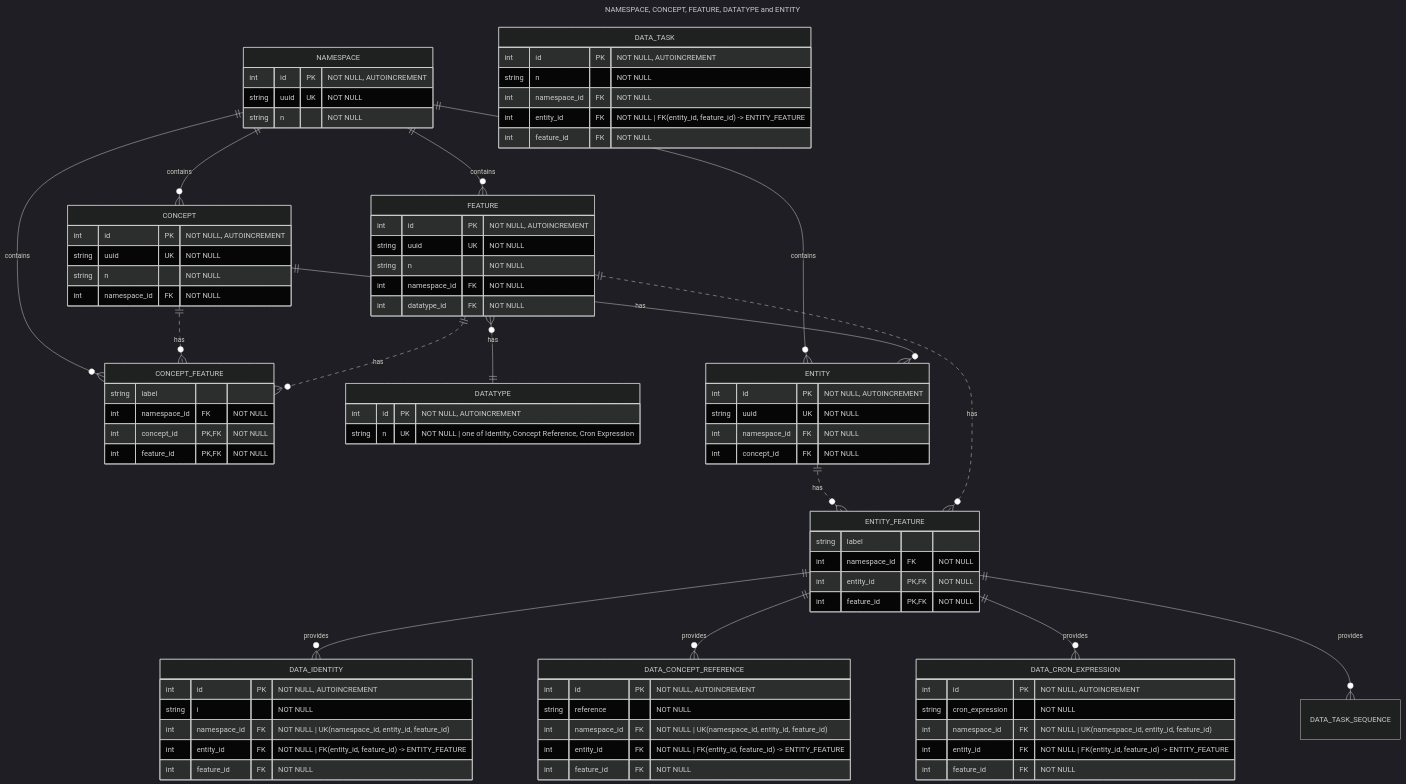
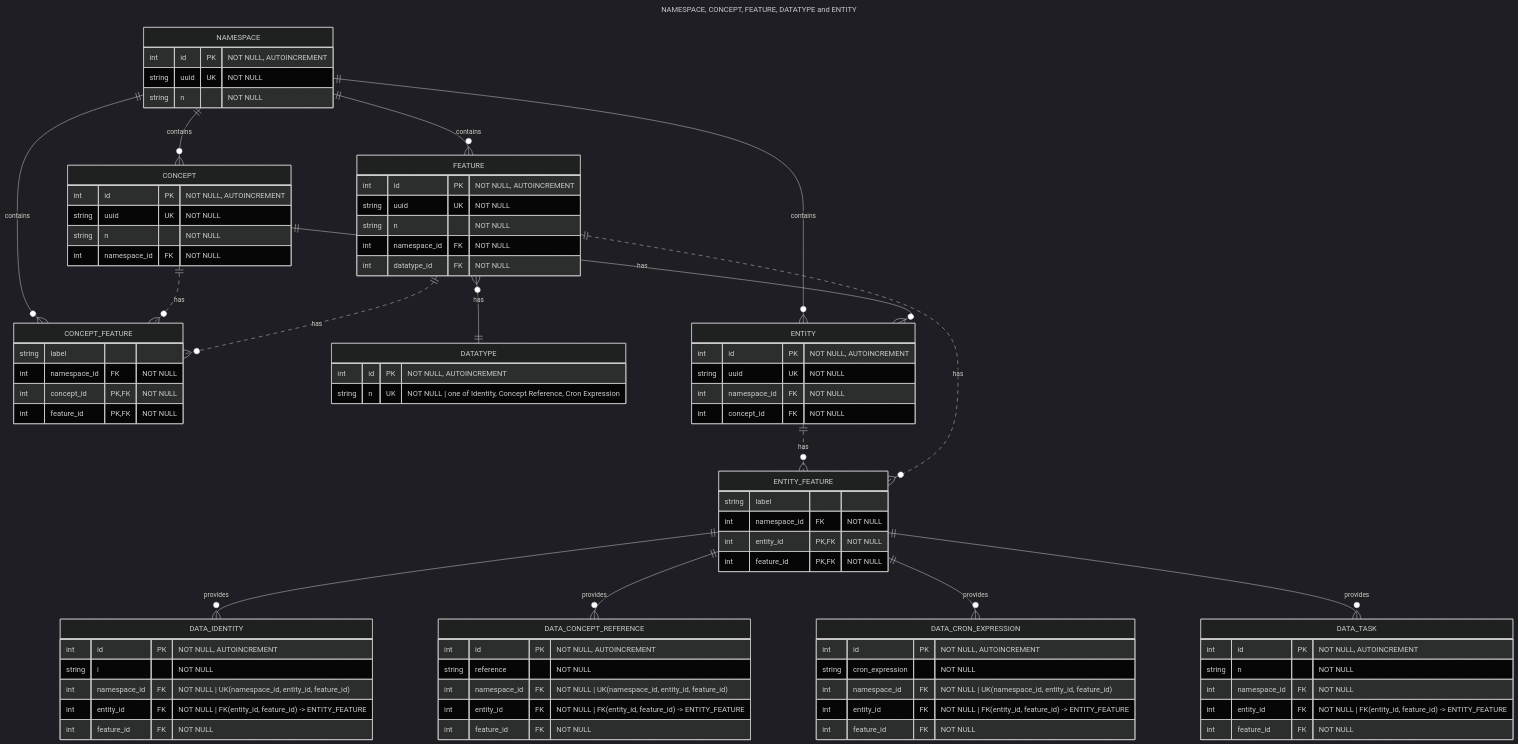
Before and after one commit to polarlabs/kodiak-diagrams: the first of 3 diagrams in DATABASE-SCHEMA.md, drawn with Mermaid (dark theme).

Commit message:
fix: tablename.

````diff
--- a/DATABASE-SCHEMA.md
+++ b/DATABASE-SCHEMA.md
@@ -99,5 +99,5 @@
     ENTITY_FEATURE ||--o{ DATA_IDENTITY          : provides
     ENTITY_FEATURE ||--o{ DATA_CONCEPT_REFERENCE : provides
     ENTITY_FEATURE ||--o{ DATA_CRON_EXPRESSION   : provides
-    ENTITY_FEATURE ||--o{ DATA_TASK_SEQUENCE     : provides
+    ENTITY_FEATURE ||--o{ DATA_TASK              : provides
 ```
````
